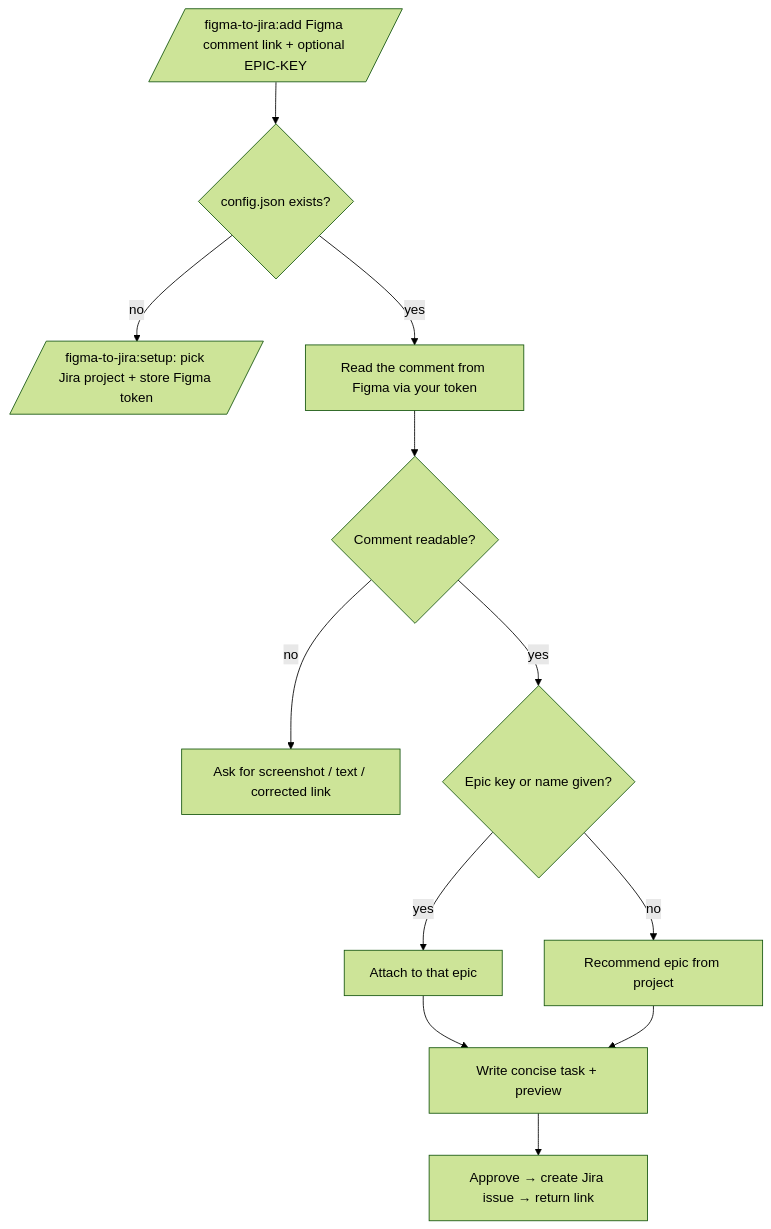
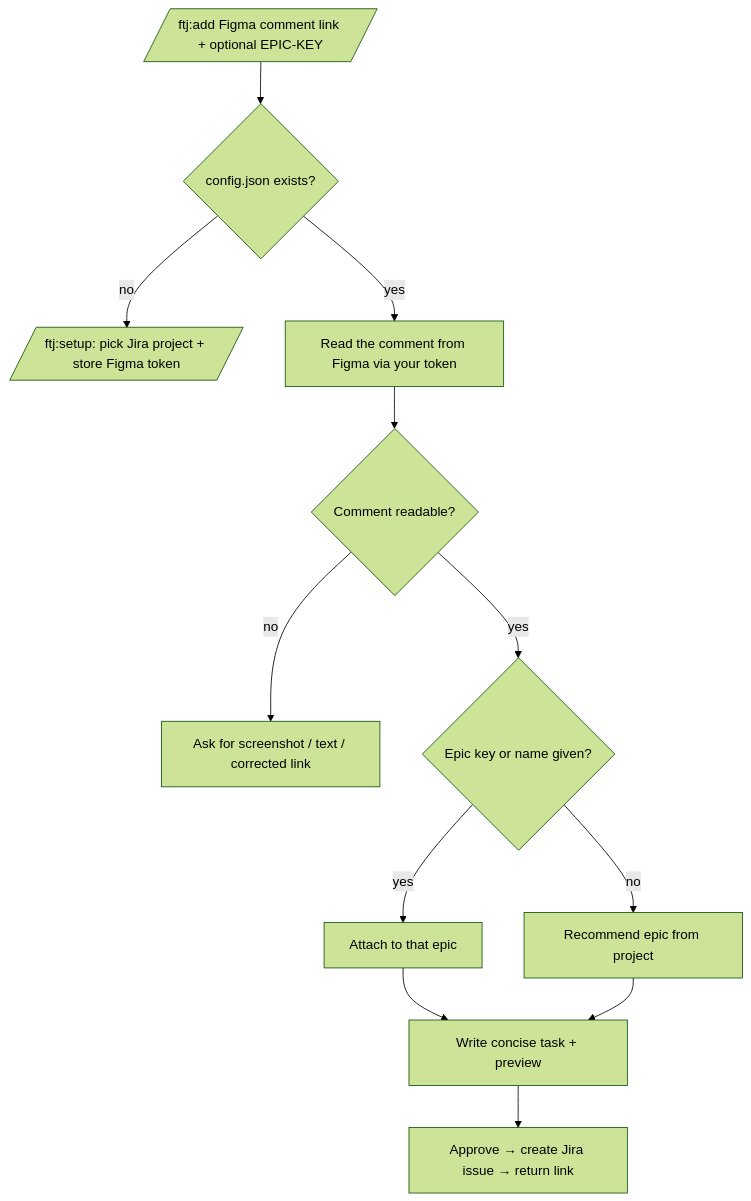
One commit to jkurczewski/figma-to-jira changed the diagram in README.md. Above: the diagram before and after it, drawn with Mermaid (forest theme). The commit also changed other lines of this file and 4 other files, not shown here.

Commit message:
feat: rename plugin namespace to ftj (commands /ftj:add, /ftj:setup)

````diff
--- a/README.md
+++ b/README.md
@@ -13,14 +13,14 @@
 ```mermaid
 flowchart TD
-    A[/figma-to-jira:add Figma comment link + optional EPIC-KEY/] --> B{config.json exists?}
-    B -- no --> S[/figma-to-jira:setup: pick Jira project + store Figma token/]
+    A[/ftj:add Figma comment link + optional EPIC-KEY/] --> B{config.json exists?}
+    B -- no --> S[/ftj:setup: pick Jira project + store Figma token/]
     B -- yes --> C[Read the comment from Figma via your token]
     C --> D{Comment readable?}
     D -- no --> E[Ask for screenshot / text / corrected link]
     D -- yes --> F{Epic key or name given?}
     F -- yes --> G[Attach to that epic]
     F -- no --> H[Recommend epic from project]
     G --> I[Write concise task + preview]
     H --> I
     I --> J[Approve → create Jira issue → return link]
 ```
````
